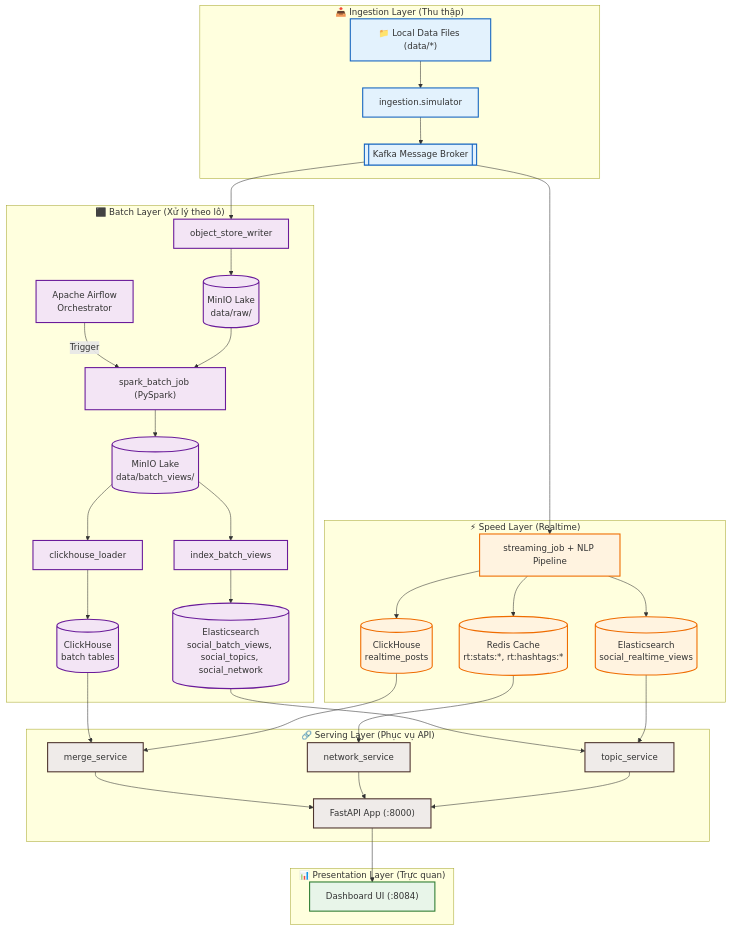
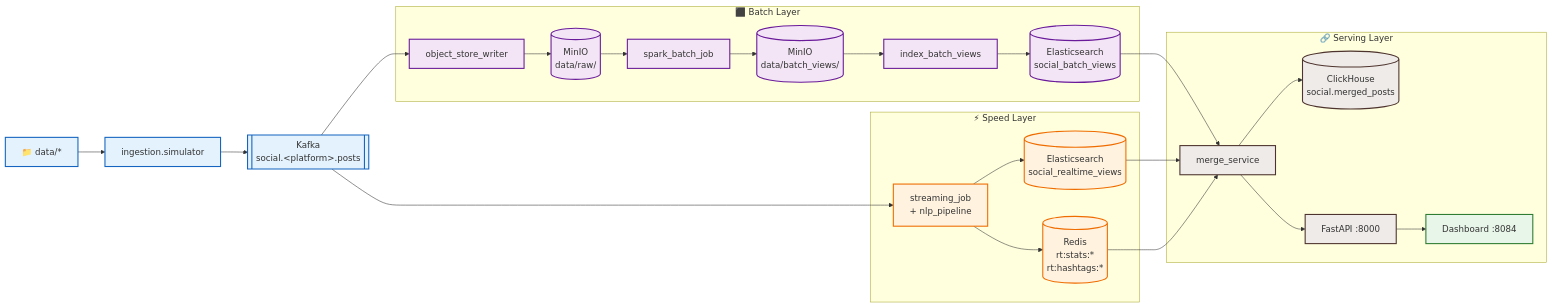
Before and after one commit to vohuutridung/IT4931: the diagram in README.md, drawn with Mermaid. The commit also changed 5 other files, not shown here.

Commit message:
Implement clickhouse insert inside merge service, remove clickhouse write from speed layer, and update docs

````diff
--- a/README.md
+++ b/README.md
@@ -27,73 +27,42 @@
 ```mermaid
-flowchart TD
+flowchart LR
     %% Styling definitions
     classDef ingestion fill:#e3f2fd,stroke:#1565c0,stroke-width:2px;
     classDef speed fill:#fff3e0,stroke:#ef6c00,stroke-width:2px;
     classDef batch fill:#f3e5f5,stroke:#6a1b9a,stroke-width:2px;
     classDef serving fill:#efebe9,stroke:#4e342e,stroke-width:2px;
     classDef visualize fill:#e8f5e9,stroke:#2e7d32,stroke-width:2px;
 
-    %% Ingestion Layer
-    subgraph INGEST ["📥 Ingestion Layer (Thu thập)"]
-        DATA["📁 Local Data Files (data/*)"]:::ingestion
-        SIM["ingestion.simulator"]:::ingestion
-        KAFKA[["Kafka Message Broker"]]:::ingestion
-        DATA --> SIM --> KAFKA
+    DATA["📁 data/*"]:::ingestion
+    SIM["ingestion.simulator"]:::ingestion
+    KAFKA[["Kafka<br/>social.&lt;platform&gt;.posts"]]:::ingestion
+
+    subgraph batch["⬛ Batch Layer"]
+        OSW["object_store_writer"]:::batch
+        RAW[("MinIO<br/>data/raw/")]:::batch
+        SPARK["spark_batch_job"]:::batch
+        BV[("MinIO<br/>data/batch_views/")]:::batch
+        IDX["index_batch_views"]:::batch
+        ES_B[("Elasticsearch<br/>social_batch_views")]:::batch
     end
 
-    %% Kafka Routing
-    KAFKA --> STREAM
-    KAFKA --> OSW
-
-    %% Speed Layer
-    subgraph SPEED ["⚡ Speed Layer (Realtime)"]
-        STREAM["streaming_job + NLP Pipeline"]:::speed
-        REDIS[("Redis Cache<br/>rt:stats:*, rt:hashtags:*")]:::speed
-        CH_S[("ClickHouse<br/>realtime_posts")]:::speed
+    subgraph speed["⚡ Speed Layer"]
+        STREAM["streaming_job<br/>+ nlp_pipeline"]:::speed
+        REDIS[("Redis<br/>rt:stats:*<br/>rt:hashtags:*")]:::speed
         ES_RT[("Elasticsearch<br/>social_realtime_views")]:::speed
-        
-        STREAM --> REDIS
-        STREAM --> CH_S
-        STREAM --> ES_RT
     end
 
-    %% Batch Layer
-    subgraph BATCH ["⬛ Batch Layer (Xử lý theo lô)"]
-        OSW["object_store_writer"]:::batch
-        RAW[("MinIO Lake<br/>data/raw/")]:::batch
-        AIRFLOW["Apache Airflow<br/>Orchestrator"]:::batch
-        SPARK["spark_batch_job (PySpark)"]:::batch
-        BV[("MinIO Lake<br/>data/batch_views/")]:::batch
-        
-        IDX["index_batch_views"]:::batch
-        LOAD["clickhouse_loader"]:::batch
-        ES_B[("Elasticsearch<br/>social_batch_views, social_topics, social_network")]:::batch
-        CH_B[("ClickHouse<br/>batch tables")]:::batch
-
-        OSW --> RAW
-        AIRFLOW -->|Trigger| SPARK
-        RAW --> SPARK --> BV
-        BV --> IDX --> ES_B
-        BV --> LOAD --> CH_B
+    subgraph serving["🔗 Serving Layer"]
+        MERGE["merge_service"]:::serving
+        CH[("ClickHouse<br/>social.merged_posts")]:::serving
+        API["FastAPI :8000"]:::serving
+        DASH["Dashboard :8084"]:::visualize
     end
 
-    %% Serving Layer
-    subgraph SERVING ["🔗 Serving Layer (Phục vụ API)"]
-        MERGE["merge_service"]:::serving
-        NET["network_service"]:::serving
-        TOPIC["topic_service"]:::serving
-        API["FastAPI App (:8000)"]:::serving
-        
-        CH_B & CH_S --> MERGE
-        REDIS --> NET
-        ES_B & ES_RT --> TOPIC
-        
-        MERGE & NET & TOPIC --> API
-    end
-
-    %% Presentation Layer
-    subgraph VISUAL ["📊 Presentation Layer (Trực quan)"]
-        DASH["Dashboard UI (:8084)"]:::visualize
-        API --> DASH
-    end
+    DATA --> SIM --> KAFKA
+    KAFKA --> OSW --> RAW --> SPARK --> BV --> IDX --> ES_B
+    KAFKA --> STREAM --> REDIS & ES_RT
+    ES_B & ES_RT & REDIS --> MERGE
+    MERGE --> API --> DASH
+    MERGE --> CH
 ```
````
